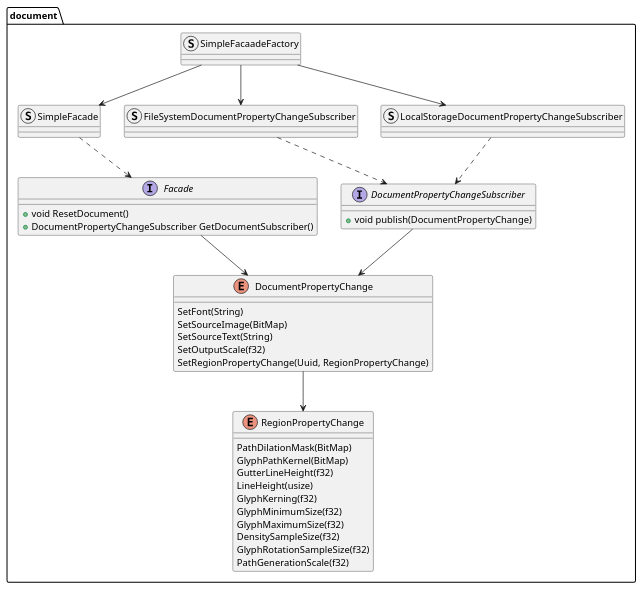
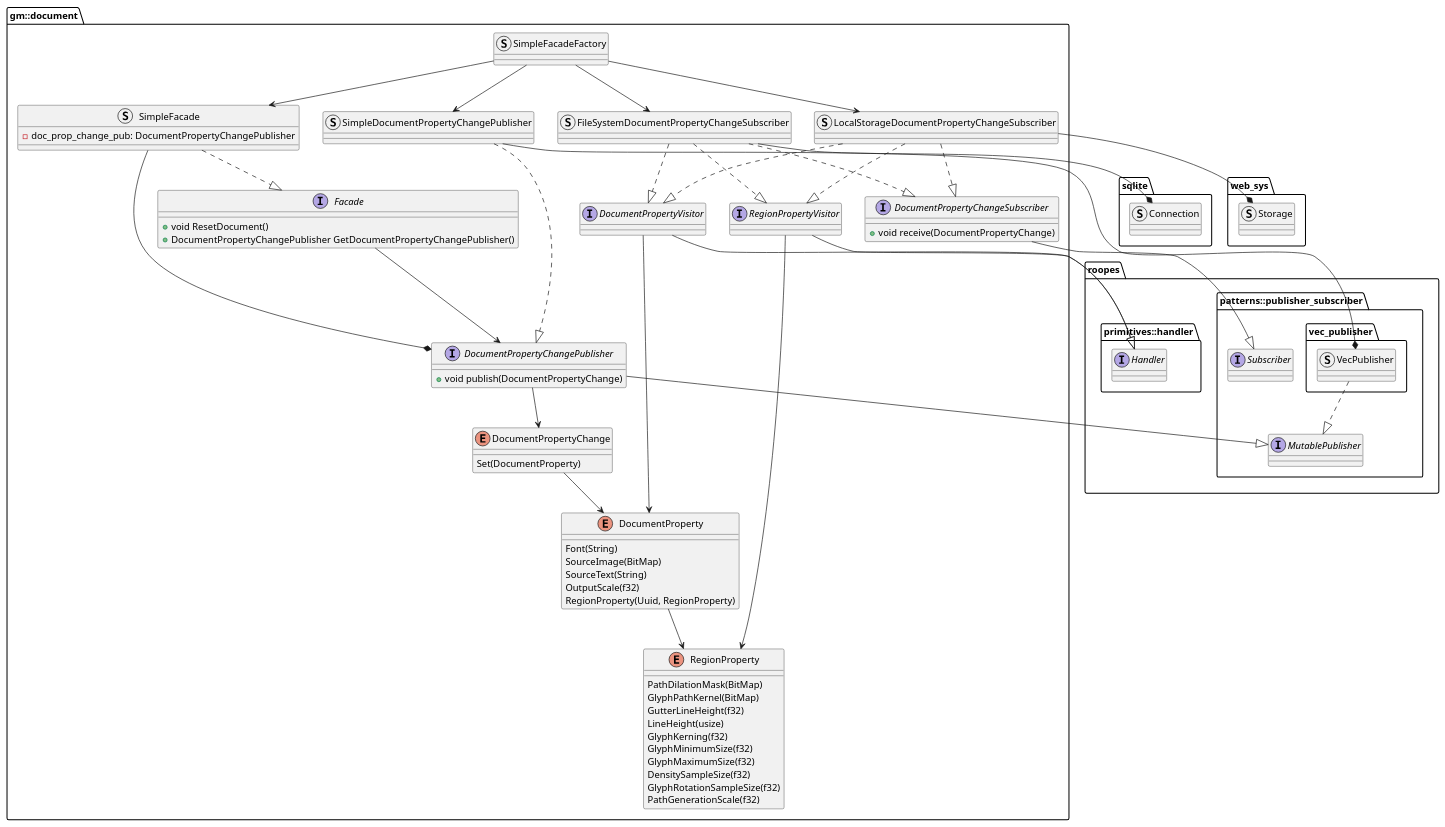
Before and after one commit to zwerdlds/GlyphMosaic: the diagram in documentation/Specification/diagrams/subsystems/document.plantuml, drawn with PlantUML. The commit also changed 1 other file, not shown here.

Commit message:
docs: document sections namespaces and diagrams

```diff
--- a/documentation/Specification/diagrams/subsystems/document.plantuml
+++ b/documentation/Specification/diagrams/subsystems/document.plantuml
@@ -1,52 +1,122 @@
 @startuml
 skinparam componentStyle uml1
 
-package "document" {
+package "gm::document" {
     interface "Facade" as docf{
         + void ResetDocument()
-        + DocumentPropertyChangeSubscriber GetDocumentSubscriber()
+        + DocumentPropertyChangePublisher GetDocumentPropertyChangePublisher()
+    }
+
+    interface "DocumentPropertyChangePublisher" as docpcp {
+        + void publish(DocumentPropertyChange)
+    }
+
+    struct "SimpleDocumentPropertyChangePublisher" as docspcp {
     }
 
     interface "DocumentPropertyChangeSubscriber" as docpcs {
-        + void publish(DocumentPropertyChange)
+        + void receive(DocumentPropertyChange)
     }
 
     enum "DocumentPropertyChange" as docpc {
-        SetFont(String)
-        SetSourceImage(BitMap)
-        SetSourceText(String)
-        SetOutputScale(f32)
-        SetRegionPropertyChange(Uuid, RegionPropertyChange)
+        Set(DocumentProperty)
     }
 
-    enum "RegionPropertyChange" as docrpc {
+    enum "DocumentProperty" as docp {
+        Font(String)
+        SourceImage(BitMap)
+        SourceText(String)
+        OutputScale(f32)
+        RegionProperty(Uuid, RegionProperty)
+    }
+
+    enum "RegionProperty" as docrp {
         PathDilationMask(BitMap)
         GlyphPathKernel(BitMap)
         GutterLineHeight(f32)
         LineHeight(usize)
         GlyphKerning(f32)
         GlyphMinimumSize(f32)
         GlyphMaximumSize(f32)
         DensitySampleSize(f32)
         GlyphRotationSampleSize(f32)
         PathGenerationScale(f32)
     }
 
-    struct "SimpleFacade" as sdocf
-    struct "FileSystemDocumentPropertyChangeSubscriber" as sfssub
-    struct "LocalStorageDocumentPropertyChangeSubscriber" as lssub
-    struct "SimpleFacaadeFactory" as sffact
+    struct "SimpleFacade" as docsf{
+        - doc_prop_change_pub: DocumentPropertyChangePublisher
+    }
+    struct "FileSystemDocumentPropertyChangeSubscriber" as docfdpcs
+    struct "LocalStorageDocumentPropertyChangeSubscriber" as doclspcs
+    struct "SimpleFacadeFactory" as docsff
+
+    interface "DocumentPropertyVisitor" as docpv {}
+    interface "RegionPropertyVisitor" as docrpv {}
 }
 
-sffact --> sdocf
-sffact --> sfssub
-sffact --> lssub
+package "roopes" {
+    package "patterns::publisher_subscriber" {
+        interface "MutablePublisher" as rmp {
+        }
 
-sdocf ..> docf
-sfssub ..> docpcs
-lssub ..> docpcs
-docpcs --> docpc
-docf --> docpc
-docpc --> docrpc
+        interface "Subscriber" as rs {
+        }
+
+        package "vec_publisher" {
+            struct "VecPublisher" as rvp {
+            }
+        }
+    }
+
+    package "primitives::handler" {
+        interface "Handler" as rphh {}
+    }
+}
+
+package web_sys{
+    struct "Storage" as wss {
+    }
+}
+
+package sqlite{
+    struct "Connection" as sqlc {
+    }
+}
+
+docsff --> docsf
+docsff --> docfdpcs
+docsff --> doclspcs
+docsff --> docspcp
+
+docsf ..|> docf
+docsf --* docpcp
+
+docfdpcs ..|> docpcs
+doclspcs ..|> docpcs
+docpcp --> docpc
+docpc --> docp
+docf --> docpcp
+docp --> docrp
+
+docpcs --|> rs
+docpcp --|> rmp
+
+docspcp ..|> docpcp
+docspcp --* rvp
+
+rvp ..|> rmp
+
+docpv --> docp
+docrpv --> docrp
+docpv --|> rphh
+docrpv --|> rphh
+
+doclspcs ..|> docpv
+doclspcs ..|> docrpv
+docfdpcs ..|> docpv
+docfdpcs ..|> docrpv
+
+doclspcs --* wss
+docfdpcs --* sqlc
 
 @enduml
```
